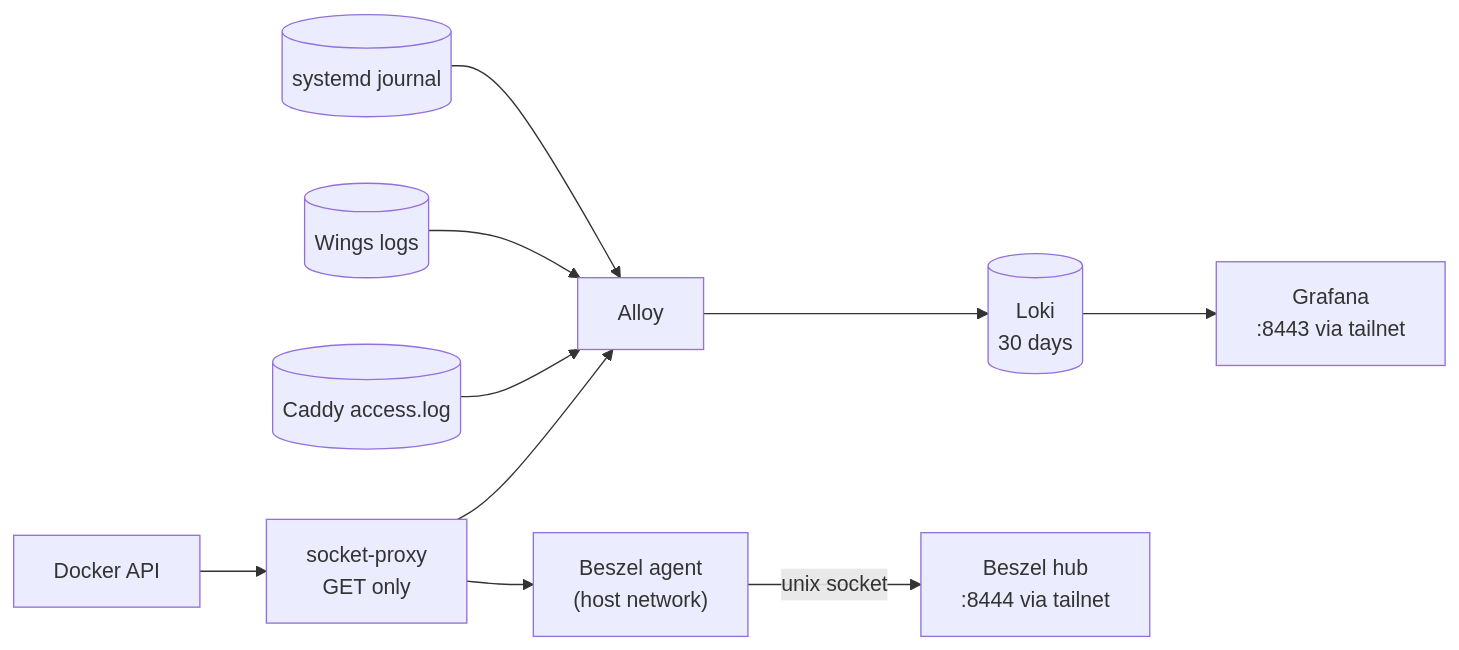
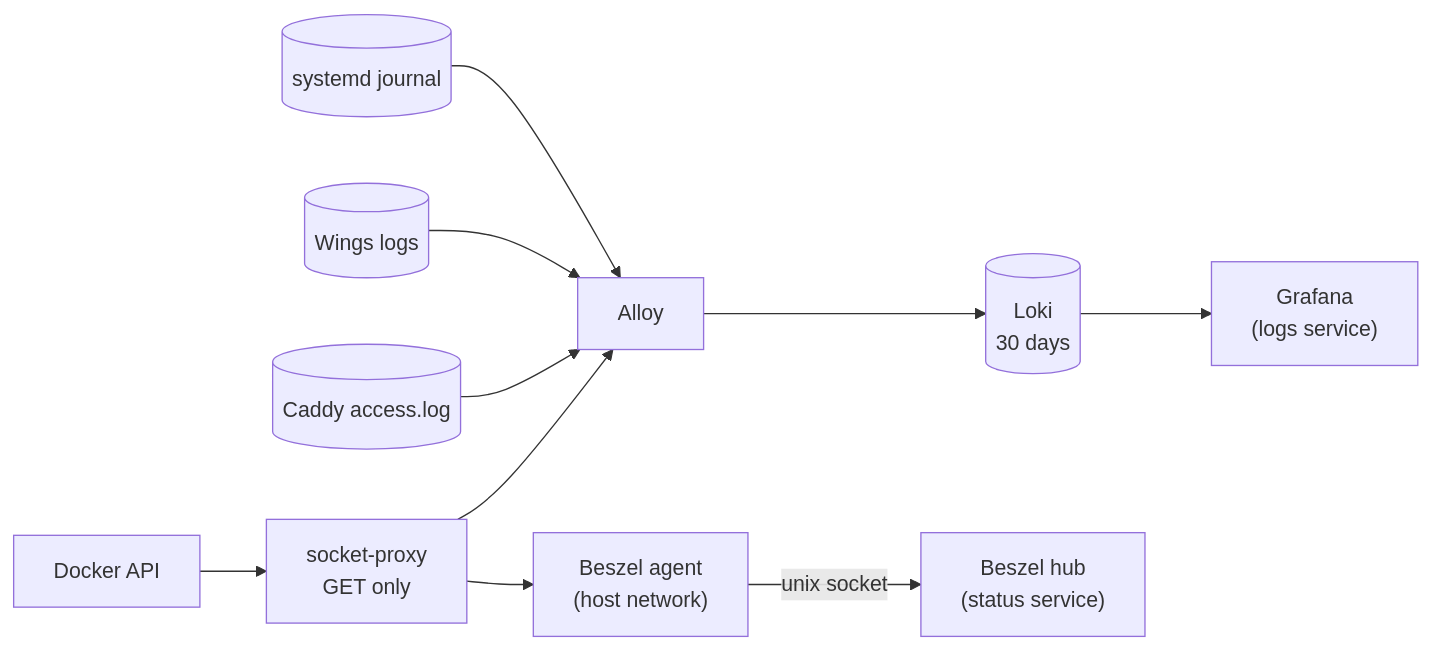
The fourth of 5 diagrams in docs/GUIDE.md (T3sT3ro/oracle-game-server-template), drawn with Mermaid before and after one commit. The commit also changed other lines of this file and 7 other files, not shown here.

First line of the commit message:
Publish dashboards as Tailscale Services: logs (Grafana), status (Beszel)

````diff
--- a/docs/GUIDE.md
+++ b/docs/GUIDE.md
@@ -873,12 +885,12 @@
 ```mermaid
 flowchart LR
   docker["Docker API"] --> proxy["socket-proxy<br/>GET only"]
   proxy --> alloy["Alloy"]
   proxy --> agent["Beszel agent<br/>(host network)"]
   caddylog[("Caddy access.log")] --> alloy
   wingslog[("Wings logs")] --> alloy
   journal[("systemd journal")] --> alloy
   alloy --> loki[("Loki<br/>30 days")]
-  loki --> grafana["Grafana<br/>:8443 via tailnet"]
-  agent -- "unix socket" --> hub["Beszel hub<br/>:8444 via tailnet"]
+  loki --> grafana["Grafana<br/>(logs service)"]
+  agent -- "unix socket" --> hub["Beszel hub<br/>(status service)"]
 ```
````
